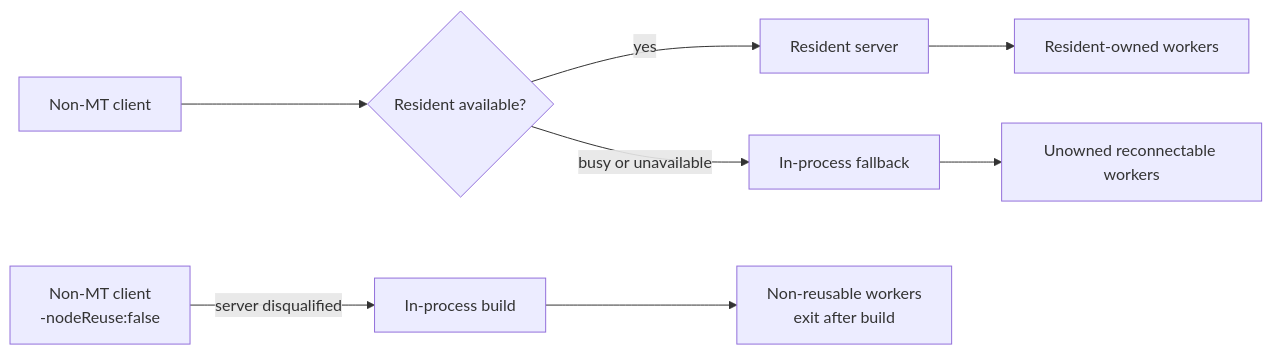
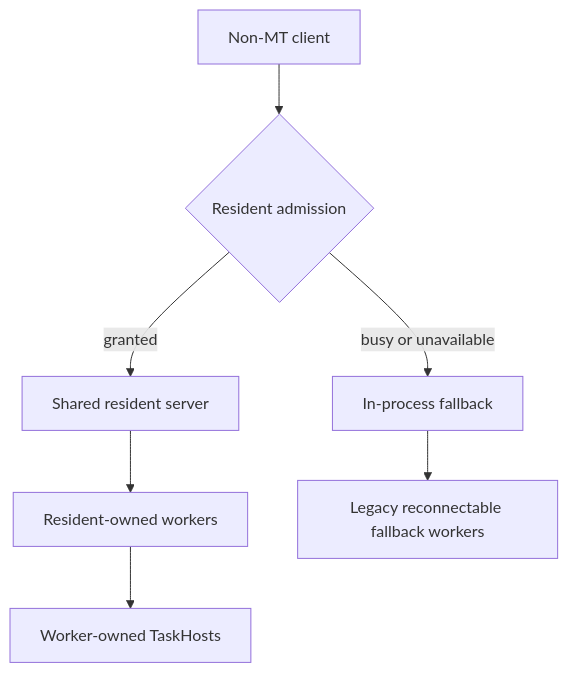
Before and after one commit to dotnet/msbuild: the diagram in documentation/specs/non-mt-server-worker-node-ownership.md, drawn with Mermaid. The commit also changed other lines of this file and 1 other file, not shown here.

First line of the commit message:
Condense server ownership specs

````diff
--- a/documentation/specs/non-mt-server-worker-node-ownership.md
+++ b/documentation/specs/non-mt-server-worker-node-ownership.md
@@ -240,12 +38,10 @@
 ```mermaid
-flowchart LR
-    C["Non-MT client"] --> D{"Resident available?"}
-    D -->|yes| R["Resident server"]
-    R --> O["Resident-owned workers"]
+flowchart TB
+    C["Non-MT client"] --> A{"Resident admission"}
+    A -->|granted| R["Shared resident server"]
+    A -->|busy or unavailable| F["In-process fallback"]
 
-    D -->|busy or unavailable| F["In-process fallback"]
-    F --> U["Unowned reconnectable workers"]
-
-    NR["Non-MT client<br/>-nodeReuse:false"] -->|server disqualified| FNR["In-process build"]
-    FNR --> UNR["Non-reusable workers<br/>exit after build"]
+    R --> OW["Resident-owned workers"]
+    OW --> WT["Worker-owned TaskHosts"]
+    F --> UW["Legacy reconnectable fallback workers"]
 ```
````
